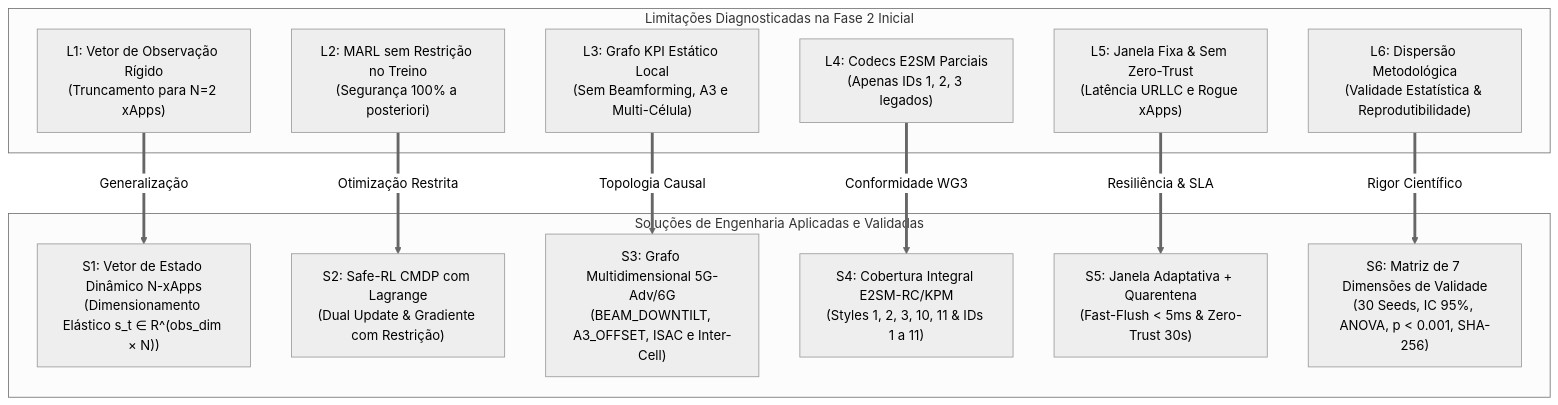
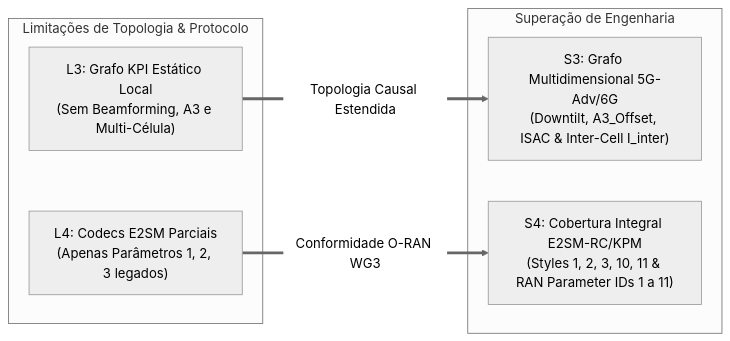
The second of 9 diagrams in docs/13_relatorio_auditoria_limitacoes_e_solucoes_fase2.md (georgebarbosa3090/XApp-RDL-F2), drawn with Mermaid (neutral theme) before and after one commit. The commit also changed other lines of this file and 4 other files, not shown here.

Commit message:
docs: decouple architecture diagrams and fix all KaTeX/Markdown mathematical rendering errors

````diff
--- a/docs/13_relatorio_auditoria_limitacoes_e_solucoes_fase2.md
+++ b/docs/13_relatorio_auditoria_limitacoes_e_solucoes_fase2.md
@@ -31,27 +51,15 @@
 ```mermaid
-graph TD
-    subgraph Limitacoes["Limitações Diagnosticadas na Fase 2 Inicial"]
-        L1["L1: Vetor de Observação Rígido<br/>(Truncamento para N=2 xApps)"]
-        L2["L2: MARL sem Restrição no Treino<br/>(Segurança 100% a posteriori)"]
+flowchart LR
+    subgraph Diagnostico_Eixo2["Limitações de Topologia & Protocolo"]
         L3["L3: Grafo KPI Estático Local<br/>(Sem Beamforming, A3 e Multi-Célula)"]
-        L4["L4: Codecs E2SM Parciais<br/>(Apenas IDs 1, 2, 3 legados)"]
-        L5["L5: Janela Fixa &amp; Sem Zero-Trust<br/>(Latência URLLC e Rogue xApps)"]
-        L6["L6: Dispersão Metodológica<br/>(Validade Estatística &amp; Reprodutibilidade)"]
+        L4["L4: Codecs E2SM Parciais<br/>(Apenas Parâmetros 1, 2, 3 legados)"]
     end
 
-    subgraph Solucoes["Soluções de Engenharia Aplicadas e Validadas"]
-        S1["S1: Vetor de Estado Dinâmico N-xApps<br/>(Dimensionamento Elástico s_t &isin; R^(obs_dim &times; N))"]
-        S2["S2: Safe-RL CMDP com Lagrange<br/>(Dual Update &amp; Gradiente com Restrição)"]
-        S3["S3: Grafo Multidimensional 5G-Adv/6G<br/>(BEAM_DOWNTILT, A3_OFFSET, ISAC e Inter-Cell)"]
-        S4["S4: Cobertura Integral E2SM-RC/KPM<br/>(Styles 1, 2, 3, 10, 11 &amp; IDs 1 a 11)"]
-        S5["S5: Janela Adaptativa + Quarentena<br/>(Fast-Flush &lt; 5ms &amp; Zero-Trust 30s)"]
-        S6["S6: Matriz de 7 Dimensões de Validade<br/>(30 Seeds, IC 95%, ANOVA, p &lt; 0.001, SHA-256)"]
+    subgraph Solucao_Eixo2["Superação de Engenharia"]
+        S3["S3: Grafo Multidimensional 5G-Adv/6G<br/>(Downtilt, A3_Offset, ISAC & Inter-Cell I_inter)"]
+        S4["S4: Cobertura Integral E2SM-RC/KPM<br/>(Styles 1, 2, 3, 10, 11 & RAN Parameter IDs 1 a 11)"]
     end
 
-    L1 ==>|Generalização| S1
-    L2 ==>|Otimização Restrita| S2
-    L3 ==>|Topologia Causal| S3
-    L4 ==>|Conformidade WG3| S4
-    L5 ==>|Resiliência &amp; SLA| S5
-    L6 ==>|Rigor Científico| S6
+    L3 ==>|Topologia Causal Estendida| S3
+    L4 ==>|Conformidade O-RAN WG3| S4
 ```
````
